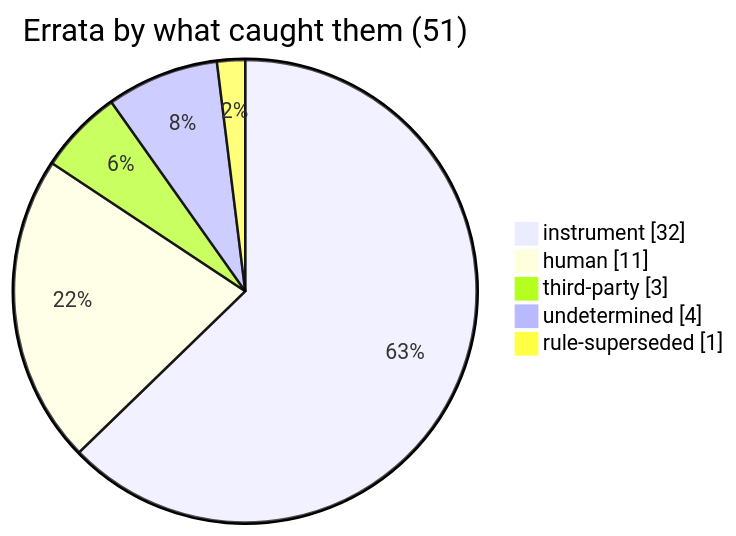
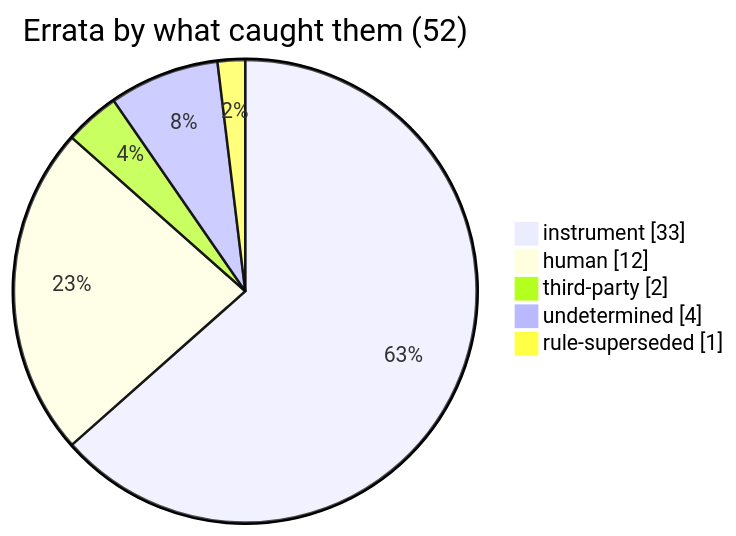
One commit to avp9-nexus/nexus-art changed the diagram in ERRATA.md. Above: the diagram before and after it, drawn with Mermaid. The commit also changed other lines of this file and 1 other file, not shown here.

Commit message:
Regenerate the errata register: 52 rows, E52 added, E25 and E34 reclassified

````diff
--- a/ERRATA.md
+++ b/ERRATA.md
@@ -14,9 +14,9 @@
 ```mermaid
 pie showData
-    title Errata by what caught them (51)
-    "instrument" : 32
-    "human" : 11
-    "third-party" : 3
+    title Errata by what caught them (52)
+    "instrument" : 33
+    "human" : 12
+    "third-party" : 2
     "undetermined" : 4
     "rule-superseded" : 1
 ```
````
